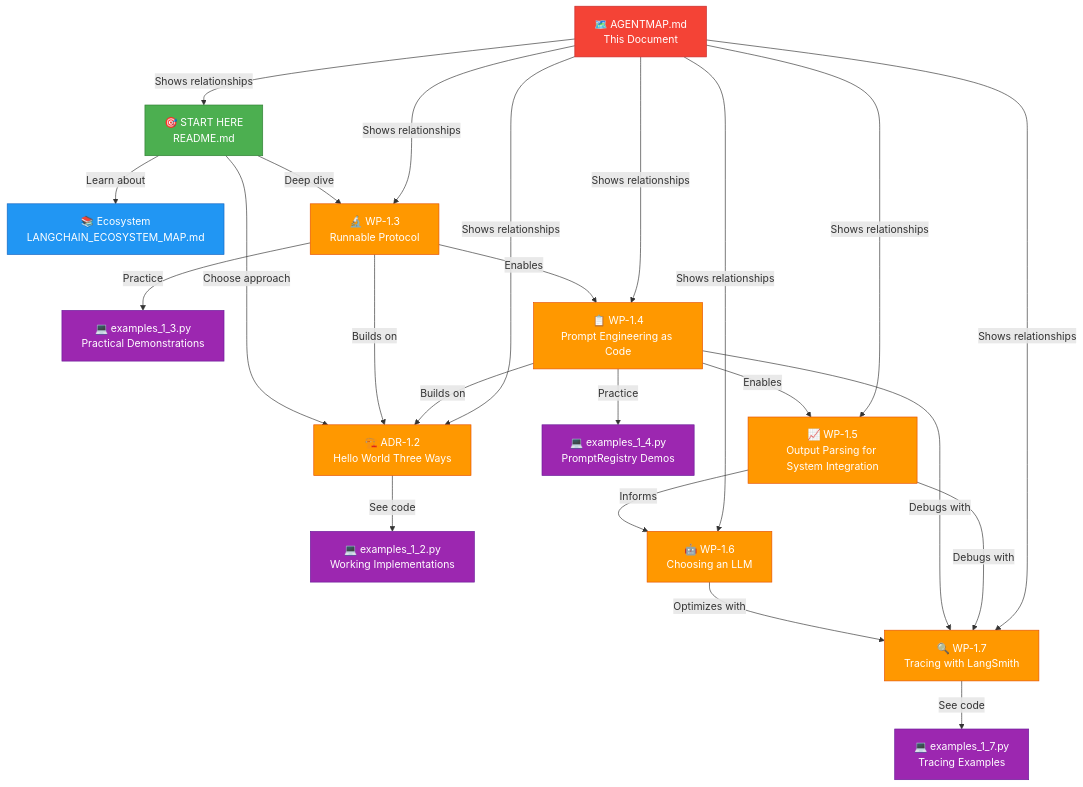
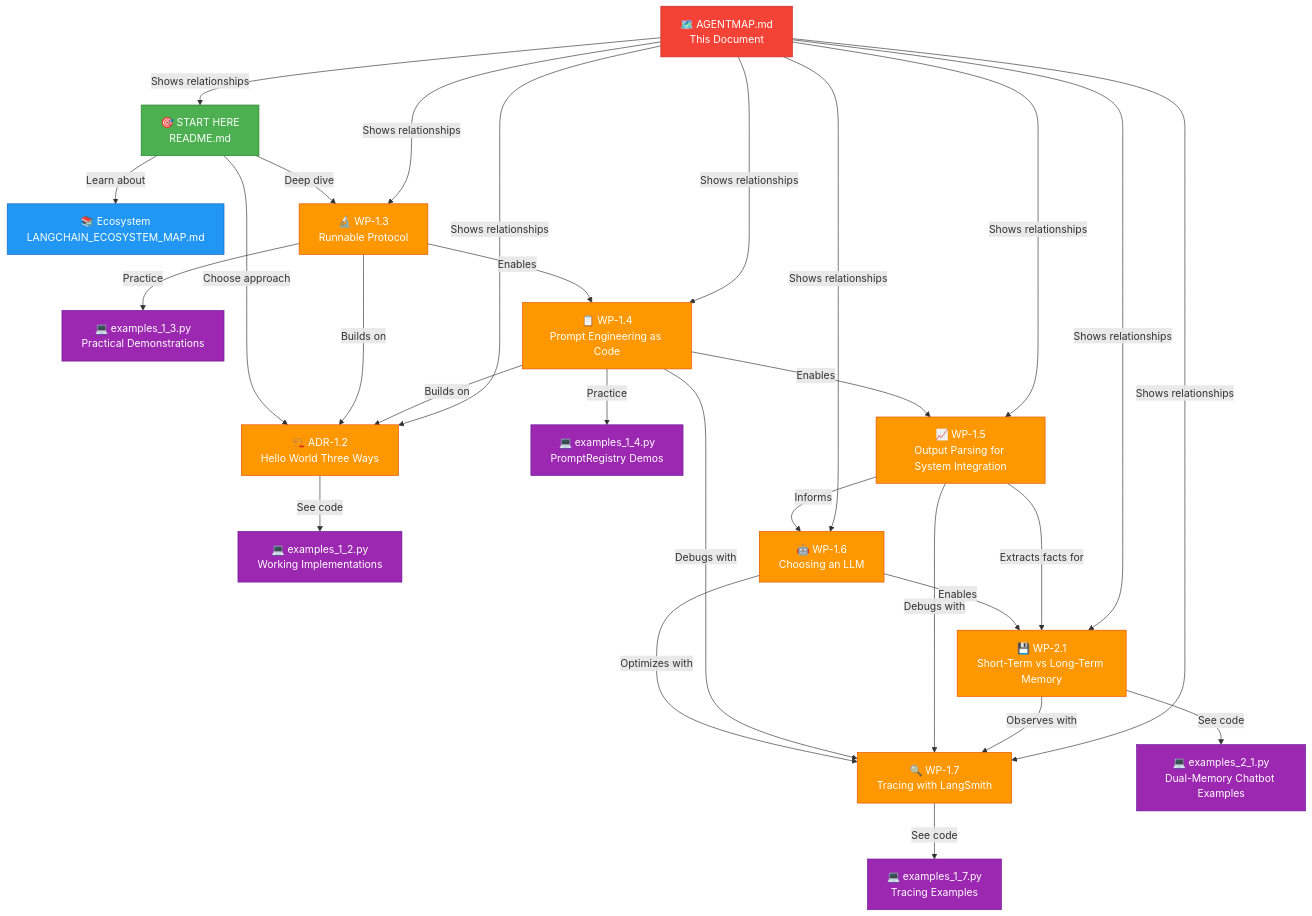
The diagram in AGENTMAP.md (pristley/ai-architecture-blueprints), drawn with Mermaid before and after one commit. The commit also changed other lines of this file and 1 other file, not shown here.

First line of the commit message:
docs: Integrate WP-2.1 into README and AGENTMAP navigation

````diff
--- a/AGENTMAP.md
+++ b/AGENTMAP.md
@@ -11,53 +11,62 @@
 ```mermaid
 graph TB
     START["🎯 START HERE<br/>README.md"] 
     ECOSYSTEM["📚 Ecosystem<br/>LANGCHAIN_ECOSYSTEM_MAP.md"]
     ADR12["🏗️ ADR-1.2<br/>Hello World Three Ways"]
     EX12["💻 examples_1_2.py<br/>Working Implementations"]
     WP13["🔬 WP-1.3<br/>Runnable Protocol"]
     EX13["💻 examples_1_3.py<br/>Practical Demonstrations"]
     WP14["📋 WP-1.4<br/>Prompt Engineering as Code"]
     EX14["💻 examples_1_4.py<br/>PromptRegistry Demos"]
     WP15["📈 WP-1.5<br/>Output Parsing for System Integration"]
     WP16["🤖 WP-1.6<br/>Choosing an LLM"]
     WP17["🔍 WP-1.7<br/>Tracing with LangSmith"]
     EX17["💻 examples_1_7.py<br/>Tracing Examples"]
+    WP21["💾 WP-2.1<br/>Short-Term vs Long-Term Memory"]
+    EX21["💻 examples_2_1.py<br/>Dual-Memory Chatbot Examples"]
     AGENTMAP["🗺️ AGENTMAP.md<br/>This Document"]
     
     START -->|Learn about| ECOSYSTEM
     START -->|Choose approach| ADR12
     ADR12 -->|See code| EX12
     START -->|Deep dive| WP13
     WP13 -->|Practice| EX13
     WP13 -->|Builds on| ADR12
     WP13 -->|Enables| WP14
     WP14 -->|Enables| WP15
     WP15 -->|Informs| WP16
     WP14 -->|Practice| EX14
     WP14 -->|Builds on| ADR12
     WP16 -->|Optimizes with| WP17
     WP14 -->|Debugs with| WP17
     WP15 -->|Debugs with| WP17
     WP17 -->|See code| EX17
+    WP16 -->|Enables| WP21
+    WP15 -->|Extracts facts for| WP21
+    WP21 -->|See code| EX21
+    WP21 -->|Observes with| WP17
     AGENTMAP -->|Shows relationships| START
     AGENTMAP -->|Shows relationships| ADR12
     AGENTMAP -->|Shows relationships| WP13
     AGENTMAP -->|Shows relationships| WP14
     AGENTMAP -->|Shows relationships| WP15
     AGENTMAP -->|Shows relationships| WP16
     AGENTMAP -->|Shows relationships| WP17
+    AGENTMAP -->|Shows relationships| WP21
     
     style START fill:#4CAF50,stroke:#2E7D32,color:#fff
     style ECOSYSTEM fill:#2196F3,stroke:#1565C0,color:#fff
     style ADR12 fill:#FF9800,stroke:#E65100,color:#fff
     style EX12 fill:#9C27B0,stroke:#6A1B9A,color:#fff
     style WP13 fill:#FF9800,stroke:#E65100,color:#fff
     style EX13 fill:#9C27B0,stroke:#6A1B9A,color:#fff
     style WP14 fill:#FF9800,stroke:#E65100,color:#fff
     style EX14 fill:#9C27B0,stroke:#6A1B9A,color:#fff
     style WP15 fill:#FF9800,stroke:#E65100,color:#fff
     style WP16 fill:#FF9800,stroke:#E65100,color:#fff
     style WP17 fill:#FF9800,stroke:#E65100,color:#fff
     style EX17 fill:#9C27B0,stroke:#6A1B9A,color:#fff
+    style WP21 fill:#FF9800,stroke:#E65100,color:#fff
+    style EX21 fill:#9C27B0,stroke:#6A1B9A,color:#fff
     style AGENTMAP fill:#F44336,stroke:#C62828,color:#fff
 ```
````
